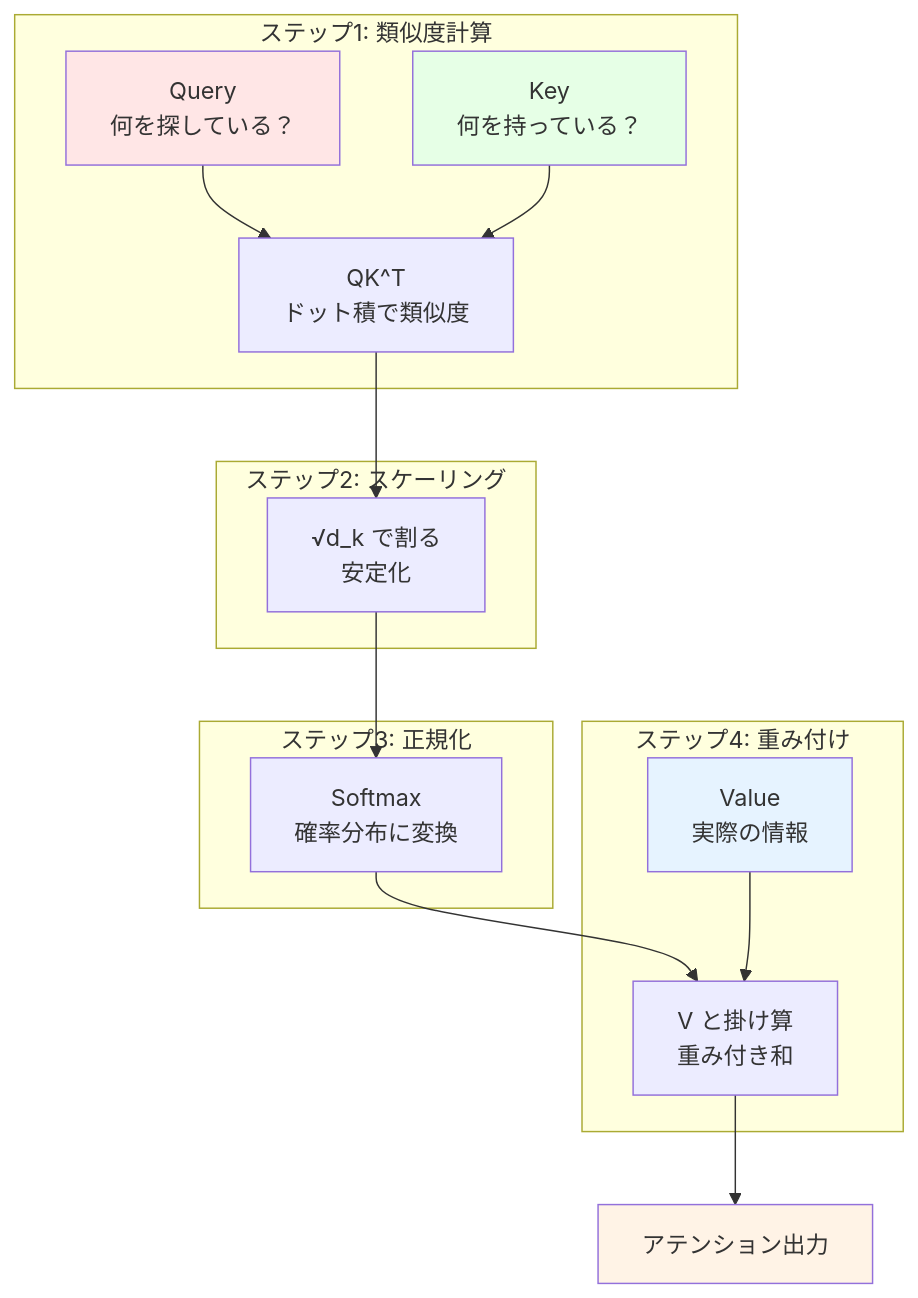
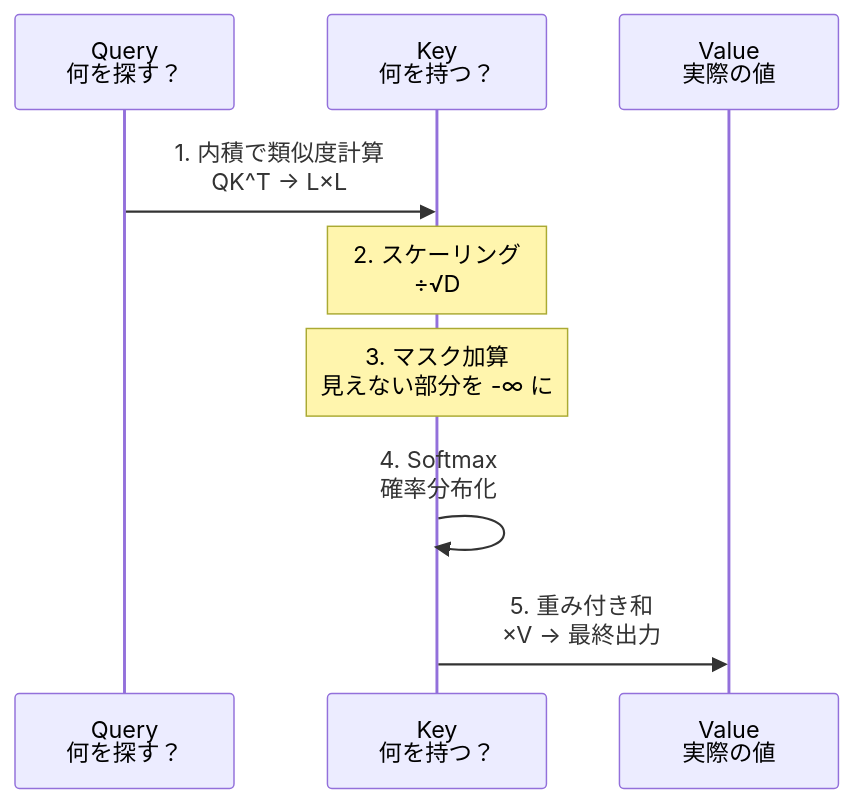
The third of 6 diagrams in books/tiny-llm-jp-course/week1-01-attention.md (littlemex/zenn), drawn with Mermaid before and after one commit. The commit also changed other lines of this file and 1 other file, not shown here.

````diff
--- a/books/tiny-llm-jp-course/week1-01-attention.md
+++ b/books/tiny-llm-jp-course/week1-01-attention.md
@@ -295,27 +229,12 @@
 ```mermaid
-graph TB
-    subgraph "ステップ1: 類似度計算"
-        Q[Query<br/>何を探している？] --> M[QK^T<br/>ドット積で類似度]
-        K[Key<br/>何を持っている？] --> M
-    end
+sequenceDiagram
+    participant Q as Query<br/>何を探す？
+    participant K as Key<br/>何を持つ？
+    participant V as Value<br/>実際の値
     
-    subgraph "ステップ2: スケーリング"
-        M --> S[√d_k で割る<br/>安定化]
-    end
-    
-    subgraph "ステップ3: 正規化"
-        S --> SF[Softmax<br/>確率分布に変換]
-    end
-    
-    subgraph "ステップ4: 重み付け"
-        SF --> O[V と掛け算<br/>重み付き和]
-        V[Value<br/>実際の情報] --> O
-    end
-    
-    O --> R[アテンション出力]
-    
-    style Q fill:#ffe6e6
-    style K fill:#e6ffe6
-    style V fill:#e6f3ff
-    style R fill:#fff3e6
+    Q->>K: 1. 内積で類似度計算<br/>QK^T → L×L
+    Note over K: 2. スケーリング<br/>÷√D
+    Note over K: 3. マスク加算<br/>見えない部分を -∞ に
+    K->>K: 4. Softmax<br/>確率分布化
+    K->>V: 5. 重み付き和<br/>×V → 最終出力
 ```
````
